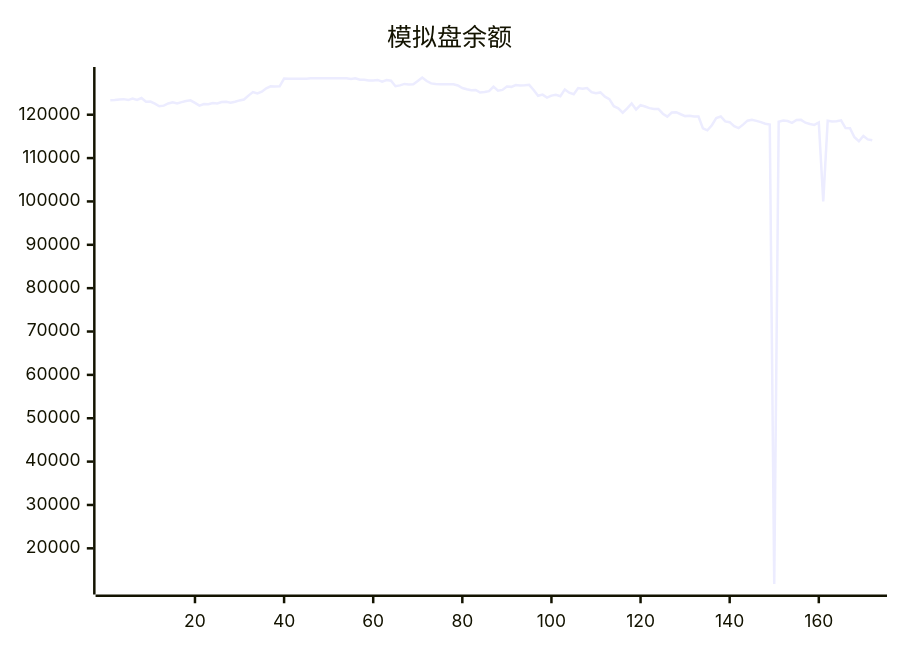
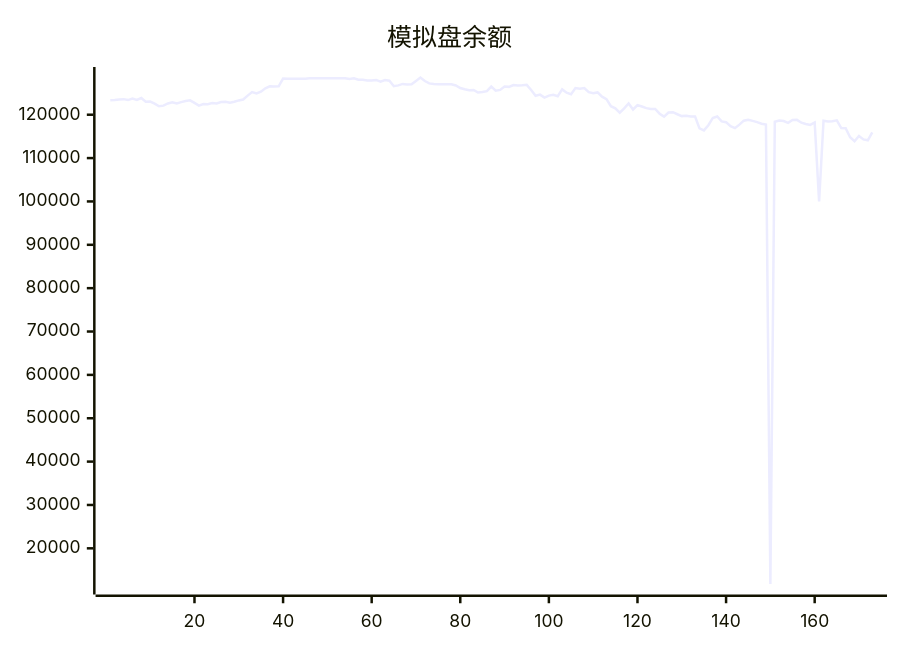
Before and after one commit to aahl/ai-trading: the diagram in README.md, drawn with Mermaid. The commit also changed other lines of this file and 1 other file, not shown here.

````diff
--- a/README.md
+++ b/README.md
@@ -5,5 +5,5 @@
 ```mermaid
 xychart
     title "模拟盘余额"
-    line [123338,123402,123530,123592,123378,123745,123413,123853,123009,123040,122557,121938,122095,122599,122856,122597,122898,123160,123319,122719,122087,122454,122416,122685,122592,122907,122961,122776,122981,123295,123507,124403,125224,124894,125303,126088,126544,126534,126549,128335,128318,128318,128318,128318,128318,128424,128424,128424,128424,128424,128424,128424,128424,128424,128247,128412,128062,128087,127917,127901,128026,127611,128000,127850,126572,126770,127100,126971,127029,127783,128554,127765,127224,127064,127044,127009,127025,127004,126738,126152,125871,125635,125707,125117,125217,125420,126480,125545,125715,126511,126424,126856,126764,126788,126890,125710,124381,124632,123936,124402,124574,124256,125833,125070,124739,126154,125966,126145,125213,124943,125143,124157,123604,121959,121476,120476,121470,122610,121201,122221,121889,121522,121332,121344,120232,119559,120513,120577,120108,119680,119777,119572,119568,116839,116392,117573,119250,119585,118469,118277,117338,116897,117706,118628,118849,118579,118280,117926,117735,11802,118373,118639,118544,118136,118798,118819,118162,117874,117649,118215,100000,118601,118463,118517,118713,116911,116899,114798,113887,115084,114313,114091]
+    line [123338,123402,123530,123592,123378,123745,123413,123853,123009,123040,122557,121938,122095,122599,122856,122597,122898,123160,123319,122719,122087,122454,122416,122685,122592,122907,122961,122776,122981,123295,123507,124403,125224,124894,125303,126088,126544,126534,126549,128335,128318,128318,128318,128318,128318,128424,128424,128424,128424,128424,128424,128424,128424,128424,128247,128412,128062,128087,127917,127901,128026,127611,128000,127850,126572,126770,127100,126971,127029,127783,128554,127765,127224,127064,127044,127009,127025,127004,126738,126152,125871,125635,125707,125117,125217,125420,126480,125545,125715,126511,126424,126856,126764,126788,126890,125710,124381,124632,123936,124402,124574,124256,125833,125070,124739,126154,125966,126145,125213,124943,125143,124157,123604,121959,121476,120476,121470,122610,121201,122221,121889,121522,121332,121344,120232,119559,120513,120577,120108,119680,119777,119572,119568,116839,116392,117573,119250,119585,118469,118277,117338,116897,117706,118628,118849,118579,118280,117926,117735,11802,118373,118639,118544,118136,118798,118819,118162,117874,117649,118215,100000,118601,118463,118517,118713,116911,116899,114798,113887,115084,114313,114091,115934]
 ```
````
